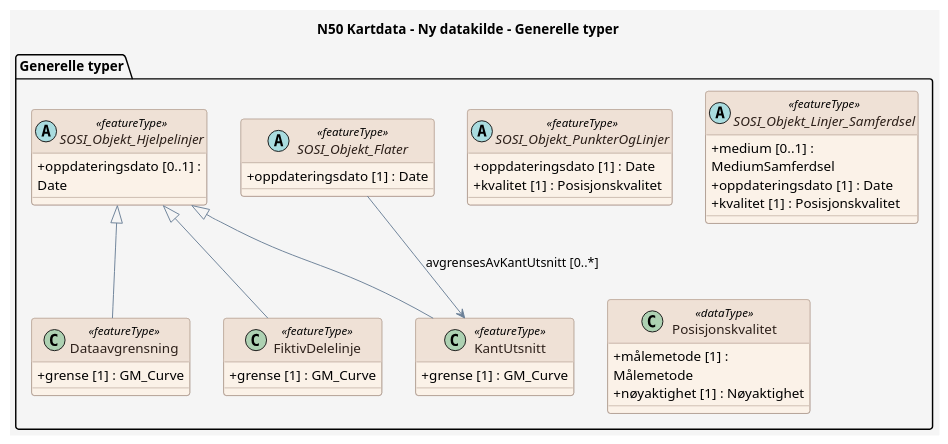
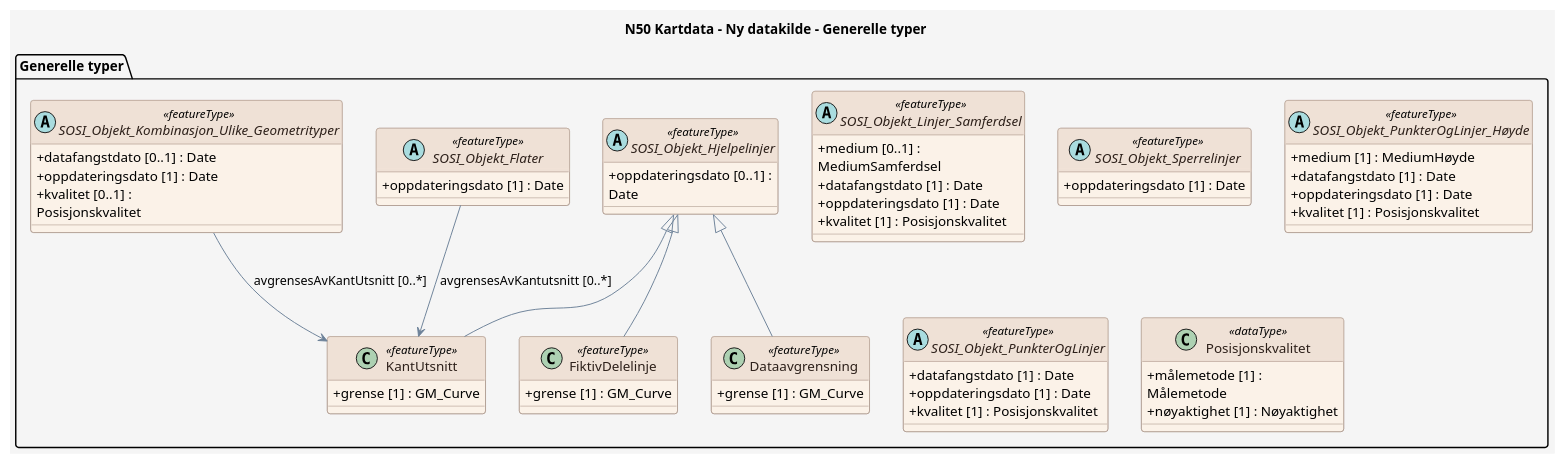
One commit to KentJonsrud/produktspesifikasjon_sommer changed the diagram in produktspesifikasjon/n50-kartdata/ny-datakilde/ny-datakilde_feature_catalogue_Generelle_typer.puml. Above: the diagram before and after it, drawn with PlantUML. The commit also changed 26 other files, not shown here.

```diff
--- a/produktspesifikasjon/n50-kartdata/ny-datakilde/ny-datakilde_feature_catalogue_Generelle_typer.puml
+++ b/produktspesifikasjon/n50-kartdata/ny-datakilde/ny-datakilde_feature_catalogue_Generelle_typer.puml
@@ -1,75 +1,95 @@
 @startuml
 ' For wide diagrams, render with: plantuml -DPLANTUML_LIMIT_SIZE=16384 ...
 ' The 'scale max' directive below caps the rendered output to prevent the
 ' default PlantUML 4096px size limit from cropping the diagram.
 scale max 4000*4000
 
 title N50 Kartdata - Ny datakilde - Generelle typer
 
 skinparam backgroundColor #F5F5F5
 skinparam shadowing false
 skinparam RoundCorner 6
 skinparam ArrowColor #6C8198
 skinparam wrapWidth 200
 skinparam class {
   BackgroundColor #FBF2E8
   BorderColor #9C8578
   FontColor #2D201A
   HeaderBackgroundColor #EFE1D6
   HeaderFontColor #2D201A
   AttributeIconSize 0
 }
 skinparam note {
   BackgroundColor #FFFFFF
   BorderColor #6C8198
   FontColor #2D201A
 }
 skinparam stereotypeCBackgroundColor #EAD9CE
 skinparam stereotypeCBorderColor #9C8578
 skinparam stereotypeCFontColor #2D201A
 
 package "Generelle typer" {
 
-  abstract class SOSI_Objekt_PunkterOgLinjer <<featureType>> {
-    + oppdateringsdato [1] : Date
-    + kvalitet [1] : Posisjonskvalitet
+  class FiktivDelelinje <<featureType>> {
+    + grense [1] : GM_Curve
+  }
+
+  class Dataavgrensning <<featureType>> {
+    + grense [1] : GM_Curve
   }
 
   abstract class SOSI_Objekt_Hjelpelinjer <<featureType>> {
     + oppdateringsdato [0..1] : Date
   }
 
-  class Dataavgrensning <<featureType>> {
-    + grense [1] : GM_Curve
+  abstract class SOSI_Objekt_Linjer_Samferdsel <<featureType>> {
+    + medium [0..1] : MediumSamferdsel
+    + datafangstdato [1] : Date
+    + oppdateringsdato [1] : Date
+    + kvalitet [1] : Posisjonskvalitet
   }
 
-  abstract class SOSI_Objekt_Linjer_Samferdsel <<featureType>> {
-    + medium [0..1] : MediumSamferdsel
+  abstract class SOSI_Objekt_Flater <<featureType>> {
+    + oppdateringsdato [1] : Date
+  }
+
+  abstract class SOSI_Objekt_Sperrelinjer <<featureType>> {
+    + oppdateringsdato [1] : Date
+  }
+
+  abstract class SOSI_Objekt_Kombinasjon_Ulike_Geometrityper <<featureType>> {
+    + datafangstdato [0..1] : Date
+    + oppdateringsdato [1] : Date
+    + kvalitet [0..1] : Posisjonskvalitet
+  }
+
+  abstract class "SOSI_Objekt_PunkterOgLinjer_Høyde" as SOSI_Objekt_PunkterOgLinjer_H_yde <<featureType>> {
+    + medium [1] : MediumHøyde
+    + datafangstdato [1] : Date
     + oppdateringsdato [1] : Date
     + kvalitet [1] : Posisjonskvalitet
   }
 
   class KantUtsnitt <<featureType>> {
     + grense [1] : GM_Curve
   }
 
-  abstract class SOSI_Objekt_Flater <<featureType>> {
+  abstract class SOSI_Objekt_PunkterOgLinjer <<featureType>> {
+    + datafangstdato [1] : Date
     + oppdateringsdato [1] : Date
-  }
-
-  class FiktivDelelinje <<featureType>> {
-    + grense [1] : GM_Curve
+    + kvalitet [1] : Posisjonskvalitet
   }
 
   class Posisjonskvalitet <<dataType>> {
     + målemetode [1] : Målemetode
     + nøyaktighet [1] : Nøyaktighet
   }
 }
 
+SOSI_Objekt_Hjelpelinjer <|-- FiktivDelelinje
 SOSI_Objekt_Hjelpelinjer <|-- Dataavgrensning
+SOSI_Objekt_Flater --> KantUtsnitt : avgrensesAvKantutsnitt [0..*]
+SOSI_Objekt_Kombinasjon_Ulike_Geometrityper --> KantUtsnitt : avgrensesAvKantUtsnitt [0..*]
 SOSI_Objekt_Hjelpelinjer <|-- KantUtsnitt
-SOSI_Objekt_Flater --> KantUtsnitt : avgrensesAvKantUtsnitt [0..*]
-SOSI_Objekt_Hjelpelinjer <|-- FiktivDelelinje
 
 @enduml
```
